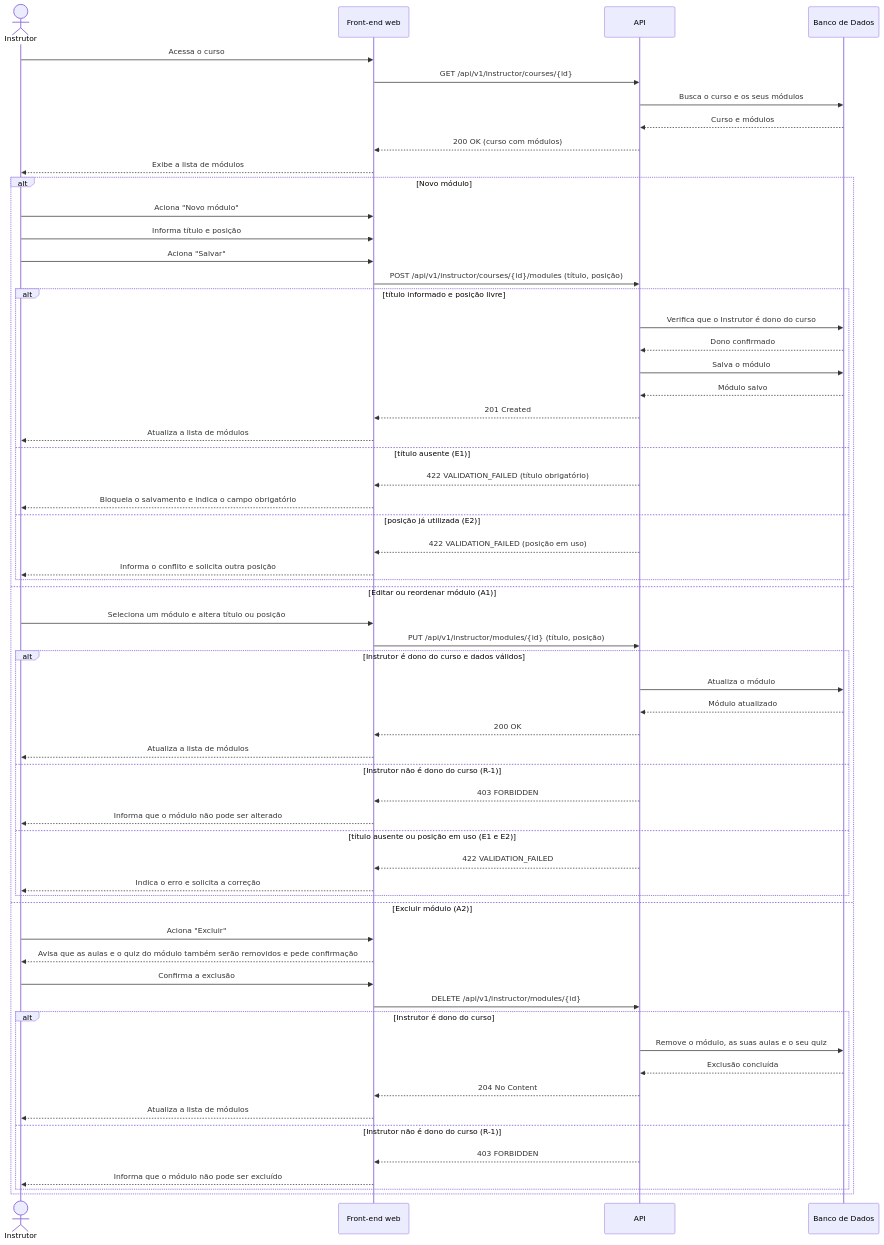
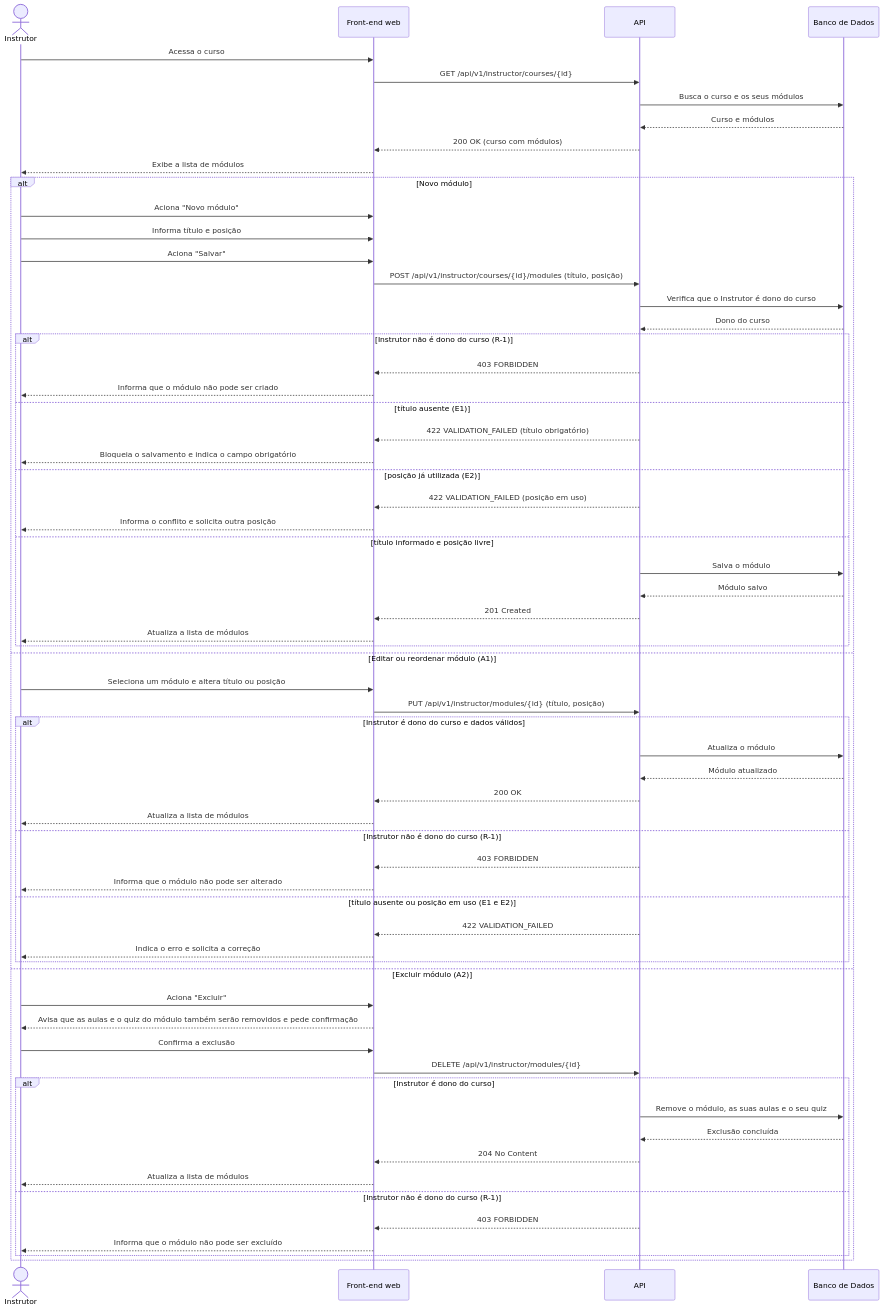
The diagram in docs/ssd/UC014-gerenciar-modulos-do-curso.md (Plataforma-de-Cursos-TCC/plataforma-cursos-docs), drawn with Mermaid before and after one commit. The commit also changed 25 other files, not shown here.

````diff
--- a/docs/ssd/UC014-gerenciar-modulos-do-curso.md
+++ b/docs/ssd/UC014-gerenciar-modulos-do-curso.md
@@ -5,63 +5,66 @@
 ```mermaid
 sequenceDiagram
     actor Instrutor
     participant FE as Front-end web
     participant API
     participant DB as Banco de Dados
 
     Instrutor->>FE: Acessa o curso
     FE->>API: GET /api/v1/instructor/courses/{id}
     API->>DB: Busca o curso e os seus módulos
     DB-->>API: Curso e módulos
     API-->>FE: 200 OK (curso com módulos)
     FE-->>Instrutor: Exibe a lista de módulos
     alt Novo módulo
         Instrutor->>FE: Aciona "Novo módulo"
         Instrutor->>FE: Informa título e posição
         Instrutor->>FE: Aciona "Salvar"
         FE->>API: POST /api/v1/instructor/courses/{id}/modules (título, posição)
-        alt título informado e posição livre
-            API->>DB: Verifica que o Instrutor é dono do curso
-            DB-->>API: Dono confirmado
-            API->>DB: Salva o módulo
-            DB-->>API: Módulo salvo
-            API-->>FE: 201 Created
-            FE-->>Instrutor: Atualiza a lista de módulos
+        API->>DB: Verifica que o Instrutor é dono do curso
+        DB-->>API: Dono do curso
+        alt Instrutor não é dono do curso (R-1)
+            API-->>FE: 403 FORBIDDEN
+            FE-->>Instrutor: Informa que o módulo não pode ser criado
         else título ausente (E1)
             API-->>FE: 422 VALIDATION_FAILED (título obrigatório)
             FE-->>Instrutor: Bloqueia o salvamento e indica o campo obrigatório
         else posição já utilizada (E2)
             API-->>FE: 422 VALIDATION_FAILED (posição em uso)
             FE-->>Instrutor: Informa o conflito e solicita outra posição
+        else título informado e posição livre
+            API->>DB: Salva o módulo
+            DB-->>API: Módulo salvo
+            API-->>FE: 201 Created
+            FE-->>Instrutor: Atualiza a lista de módulos
         end
     else Editar ou reordenar módulo (A1)
         Instrutor->>FE: Seleciona um módulo e altera título ou posição
         FE->>API: PUT /api/v1/instructor/modules/{id} (título, posição)
         alt Instrutor é dono do curso e dados válidos
             API->>DB: Atualiza o módulo
             DB-->>API: Módulo atualizado
             API-->>FE: 200 OK
             FE-->>Instrutor: Atualiza a lista de módulos
         else Instrutor não é dono do curso (R-1)
             API-->>FE: 403 FORBIDDEN
             FE-->>Instrutor: Informa que o módulo não pode ser alterado
         else título ausente ou posição em uso (E1 e E2)
             API-->>FE: 422 VALIDATION_FAILED
             FE-->>Instrutor: Indica o erro e solicita a correção
         end
     else Excluir módulo (A2)
         Instrutor->>FE: Aciona "Excluir"
         FE-->>Instrutor: Avisa que as aulas e o quiz do módulo também serão removidos e pede confirmação
         Instrutor->>FE: Confirma a exclusão
         FE->>API: DELETE /api/v1/instructor/modules/{id}
         alt Instrutor é dono do curso
             API->>DB: Remove o módulo, as suas aulas e o seu quiz
             DB-->>API: Exclusão concluída
             API-->>FE: 204 No Content
             FE-->>Instrutor: Atualiza a lista de módulos
         else Instrutor não é dono do curso (R-1)
             API-->>FE: 403 FORBIDDEN
             FE-->>Instrutor: Informa que o módulo não pode ser excluído
         end
     end
 ```
````
